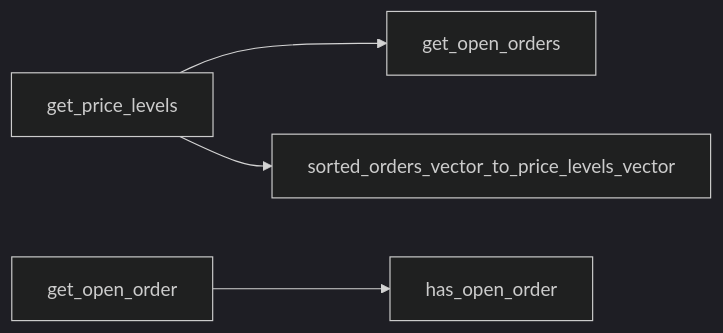
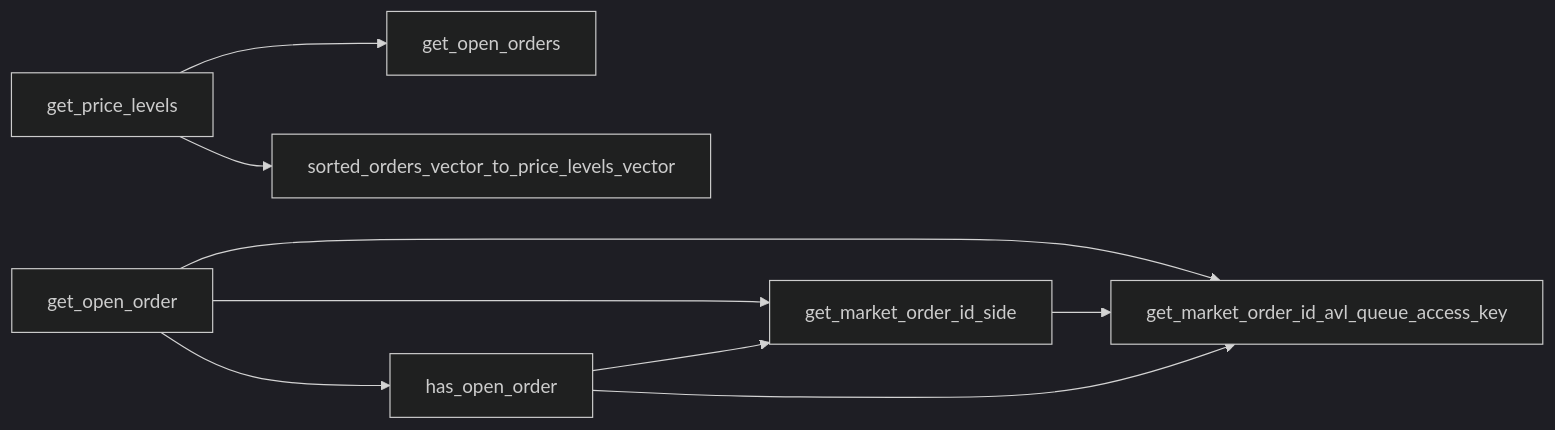
The fifth of 9 diagrams in src/move/econia/doc/market.md (econia-labs/econia), drawn with Mermaid (dark theme) before and after one commit. The commit also changed other lines of this file and 7 other files, not shown here.

````diff
--- a/src/move/econia/doc/market.md
+++ b/src/move/econia/doc/market.md
@@ -339,9 +339,15 @@
 ```mermaid
 
 flowchart LR
 
 get_price_levels --> get_open_orders
 get_price_levels --> sorted_orders_vector_to_price_levels_vector
 get_open_order --> has_open_order
+get_open_order --> get_market_order_id_side
+get_open_order --> get_market_order_id_avl_queue_access_key
+get_market_order_id_side -->
+get_market_order_id_avl_queue_access_key
+has_open_order --> get_market_order_id_side
+has_open_order --> get_market_order_id_avl_queue_access_key
 
 ```
````
